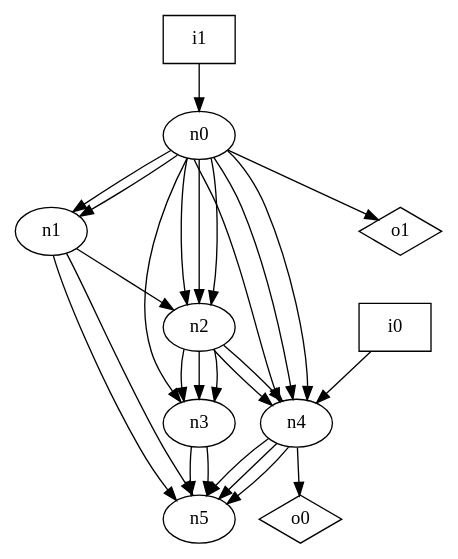
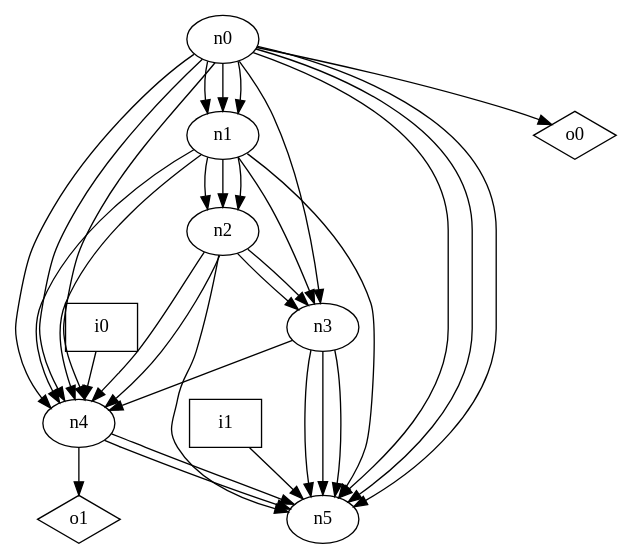
One commit to p9romain/bool-circuits changed the diagram in dot_files/random/random_DAG_loop_free_graph.dot. Above: the diagram before and after it, drawn with Graphviz. The commit also changed 30 other files, not shown here.

```diff
--- a/dot_files/random/random_DAG_loop_free_graph.dot
+++ b/dot_files/random/random_DAG_loop_free_graph.dot
@@ -1,38 +1,44 @@
 digraph G {
 n0 [label="n0"];
 n1 [label="n1"];
 n2 [label="n2"];
 n3 [label="n3"];
 n4 [label="n4"];
 n5 [label="n5"];
 n6 [label="i0",shape="box"];
 n7 [label="i1",shape="box"];
 n8 [label="o0",shape="diamond"];
 n9 [label="o1",shape="diamond"];
 n0 -> n1
 n0 -> n1
-n0 -> n2
-n0 -> n2
-n0 -> n2
+n0 -> n1
 n0 -> n3
 n0 -> n4
 n0 -> n4
 n0 -> n4
-n0 -> n9
+n0 -> n5
+n0 -> n5
+n0 -> n5
+n0 -> n8
 n1 -> n2
+n1 -> n2
+n1 -> n2
+n1 -> n3
+n1 -> n4
+n1 -> n4
 n1 -> n5
-n1 -> n5
-n2 -> n3
 n2 -> n3
 n2 -> n3
 n2 -> n4
 n2 -> n4
+n2 -> n5
+n3 -> n4
+n3 -> n5
 n3 -> n5
 n3 -> n5
 n4 -> n5
 n4 -> n5
-n4 -> n5
-n4 -> n8
+n4 -> n9
 n6 -> n4
-n7 -> n0
+n7 -> n5
 }
```
